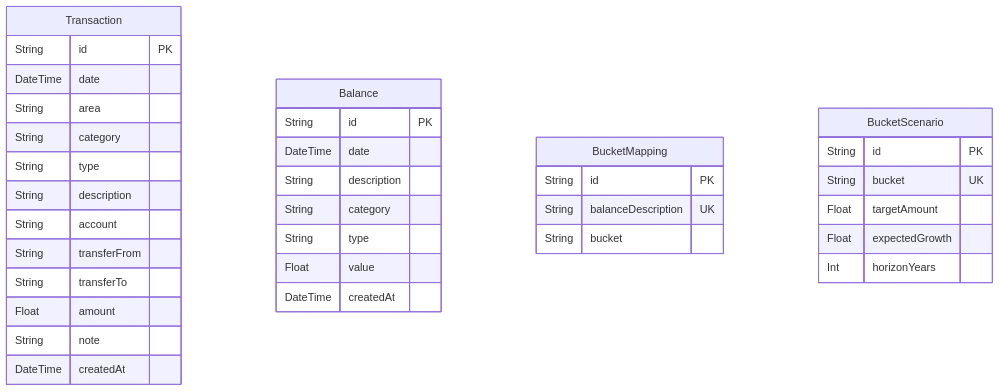
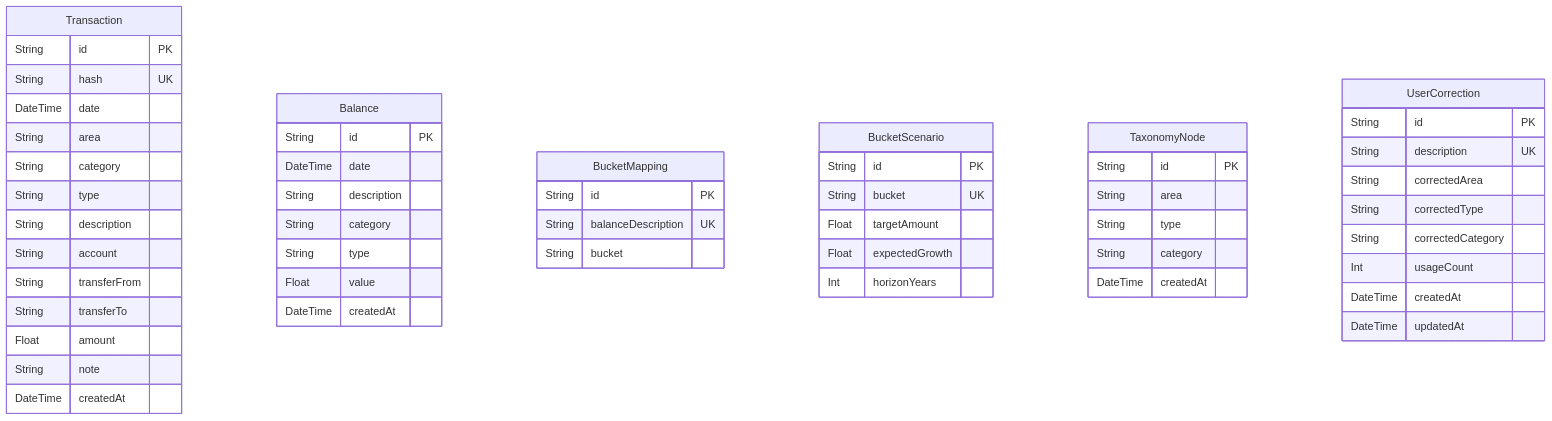
One commit to flautrup/sheetfinance-economy-overview changed the second of 2 diagrams in architecture_and_improvements.md. Above: the diagram before and after it, drawn with Mermaid. The commit also changed other lines of this file and 27 other files, not shown here.

````diff
--- a/architecture_and_improvements.md
+++ b/architecture_and_improvements.md
@@ -94,41 +94,61 @@
 ```mermaid
 erDiagram
     Transaction {
         String id PK
+        String hash UK
         DateTime date
         String area
         String category
         String type
         String description
         String account
         String transferFrom
         String transferTo
         Float amount
         String note
         DateTime createdAt
     }
 
     Balance {
         String id PK
         DateTime date
         String description
         String category
         String type
         Float value
         DateTime createdAt
     }
 
     BucketMapping {
         String id PK
         String balanceDescription UK
         String bucket
     }
 
     BucketScenario {
         String id PK
         String bucket UK
         Float targetAmount
         Float expectedGrowth
         Int horizonYears
     }
+
+    TaxonomyNode {
+        String id PK
+        String area
+        String type
+        String category
+        DateTime createdAt
+    }
+
+    UserCorrection {
+        String id PK
+        String description UK
+        String correctedArea
+        String correctedType
+        String correctedCategory
+        Int usageCount
+        DateTime createdAt
+        DateTime updatedAt
+    }
 ```
````
